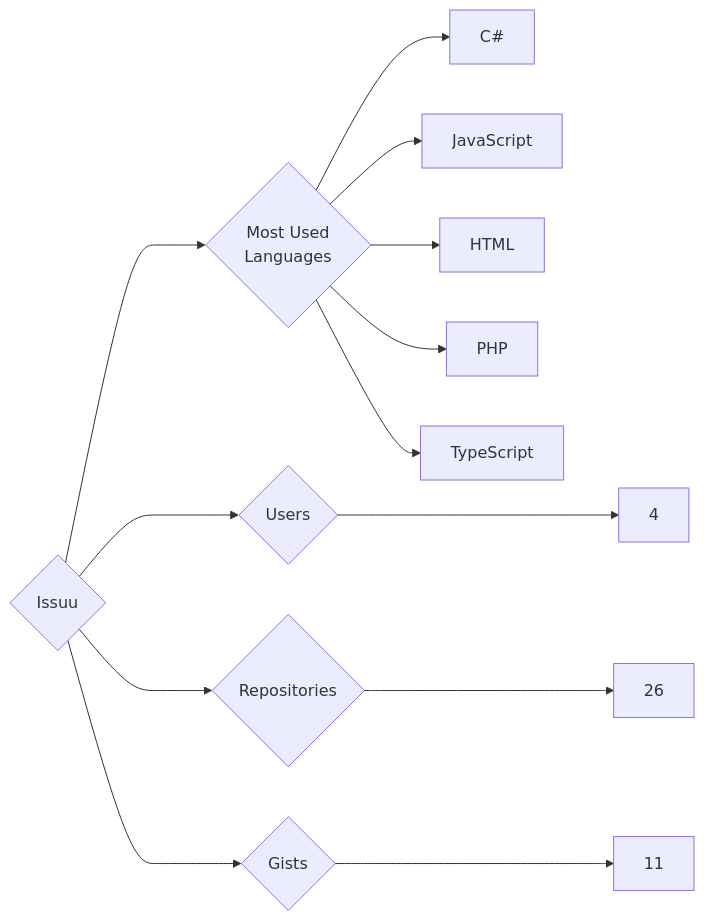
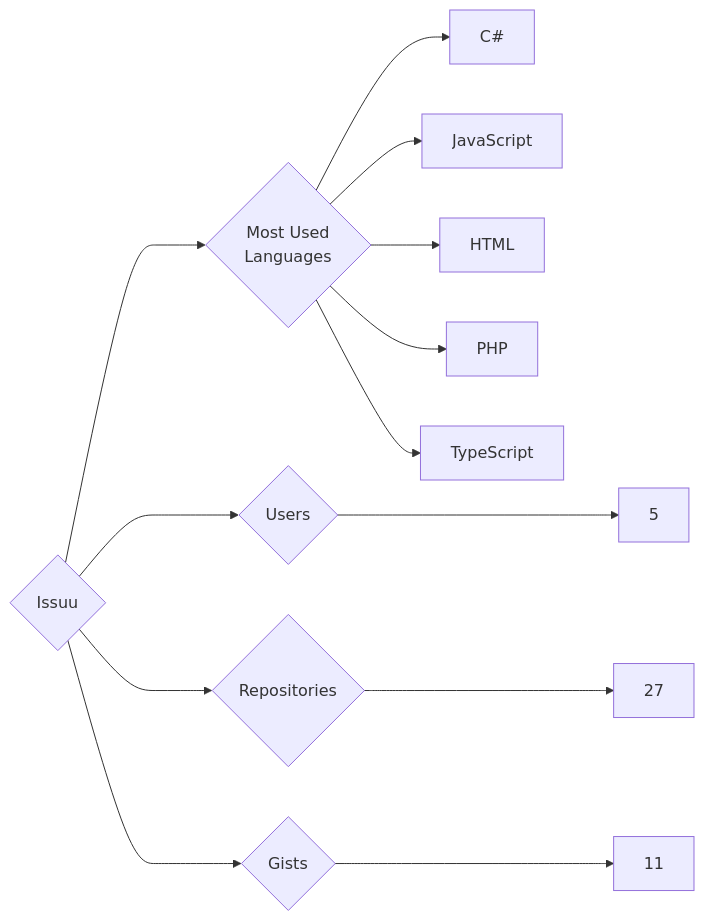
Before and after one commit to trickest/insiders: the diagram in targets/Issuu/README.md, drawn with Mermaid. The commit also changed 985 other files, not shown here.

````diff
--- a/targets/Issuu/README.md
+++ b/targets/Issuu/README.md
@@ -3,13 +3,13 @@
 ```mermaid
 graph LR
 COMPANY_NAME{Issuu}
-COMPANY_NAME ---> U{Users} ---> UN[4]
-COMPANY_NAME ---> R{Repositories} ---> RN[26]
+COMPANY_NAME ---> U{Users} ---> UN[5]
+COMPANY_NAME ---> R{Repositories} ---> RN[27]
 COMPANY_NAME ---> G{Gists} ---> GN[11]
 COMPANY_NAME ---> ML{Most Used<br>Languages}
 ML --> C#[C#]
 ML --> JavaScript[JavaScript]
 ML --> HTML[HTML]
 ML --> PHP[PHP]
 ML --> TypeScript[TypeScript]
 ```
````
